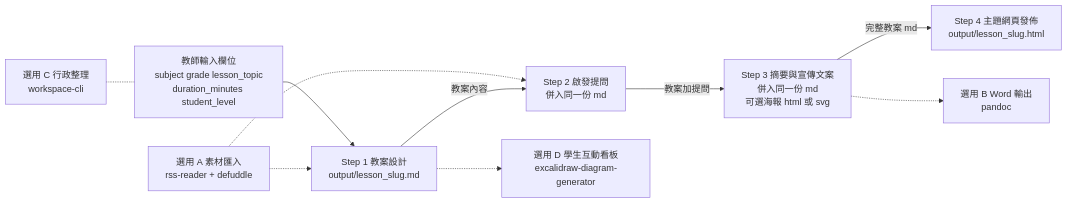
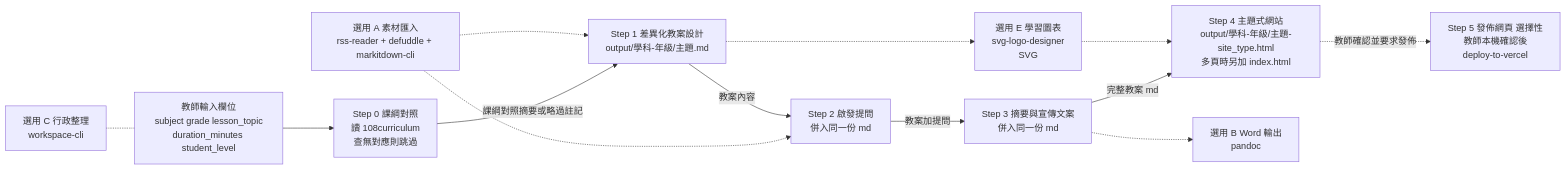
The diagram in AGENTS.md (howard-haowen/ibm-bobathon), drawn with Mermaid before and after one commit. The commit also changed other lines of this file, not shown here.

Commit message:
docs: add Step 0 curriculum alignment, Step 5 publishing, output folder rules and markitdown-cli to AGENTS.md

````diff
--- a/AGENTS.md
+++ b/AGENTS.md
@@ -61,22 +77,27 @@
 ```mermaid
 flowchart LR
     IN[教師輸入欄位<br/>subject grade lesson_topic<br/>duration_minutes student_level]
-    A[選用 A 素材匯入<br/>rss-reader + defuddle]
-    S1[Step 1 教案設計<br/>output/lesson_slug.md]
+    S0[Step 0 課綱對照<br/>讀 108curriculum<br/>查無對應則跳過]
+    A[選用 A 素材匯入<br/>rss-reader + defuddle + markitdown-cli]
+    S1[Step 1 差異化教案設計<br/>output/學科-年級/主題.md]
     S2[Step 2 啟發提問<br/>併入同一份 md]
-    S3[Step 3 摘要與宣傳文案<br/>併入同一份 md<br/>可選海報 html 或 svg]
-    S4[Step 4 主題網頁發佈<br/>output/lesson_slug.html]
+    S3[Step 3 摘要與宣傳文案<br/>併入同一份 md]
+    S4[Step 4 主題式網站<br/>output/學科-年級/主題-site_type.html<br/>多頁時另加 index.html]
+    P[Step 5 發佈網頁 選擇性<br/>教師本機確認後<br/>deploy-to-vercel]
+    E[選用 E 學習圖表<br/>svg-logo-designer<br/>SVG]
     B[選用 B Word 輸出<br/>pandoc]
     C[選用 C 行政整理<br/>workspace-cli]
-    D[選用 D 學生互動看板<br/>excalidraw-diagram-generator]
 
-    IN --> S1
+    IN --> S0
+    S0 -->|課綱對照摘要或略過註記| S1
     A -.-> S1
     A -.-> S2
     S1 -->|教案內容| S2
     S2 -->|教案加提問| S3
     S3 -->|完整教案 md| S4
+    S4 -.->|教師確認並要求發佈| P
+    S1 -.-> E
+    E -.-> S4
     S3 -.-> B
-    S1 -.-> D
     C -.- IN
 ```
````
